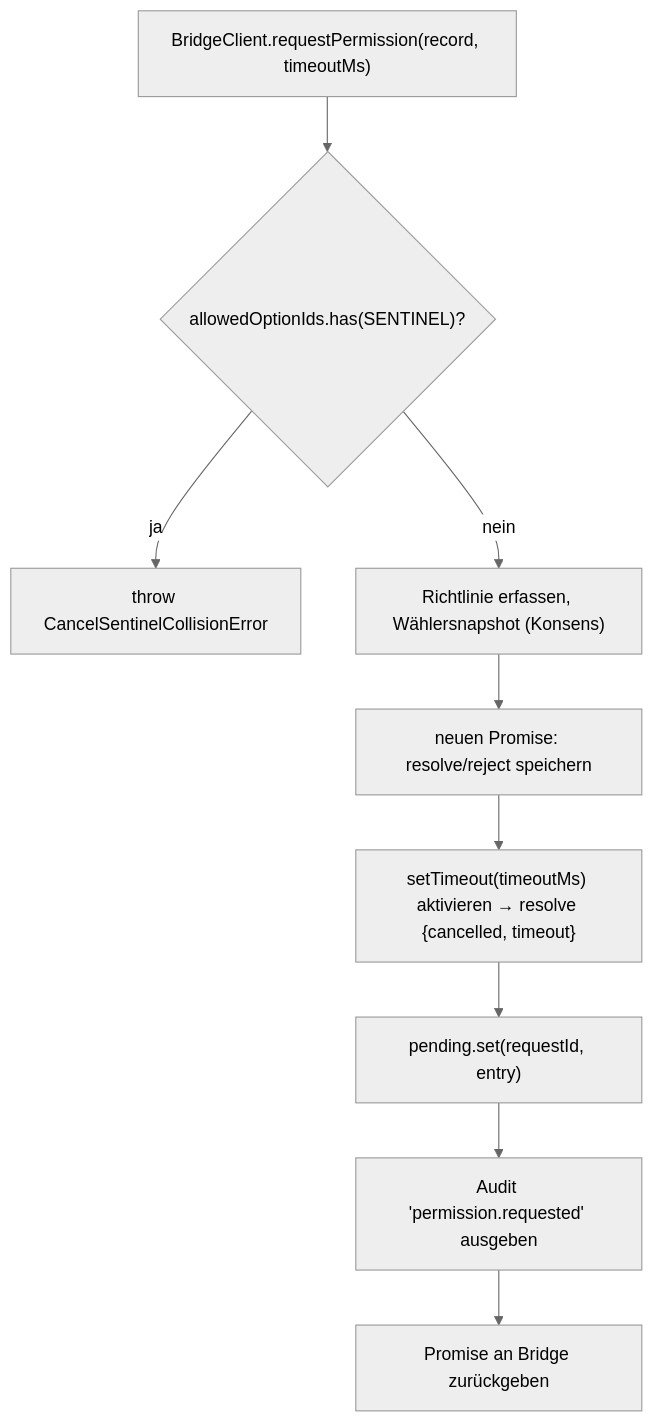
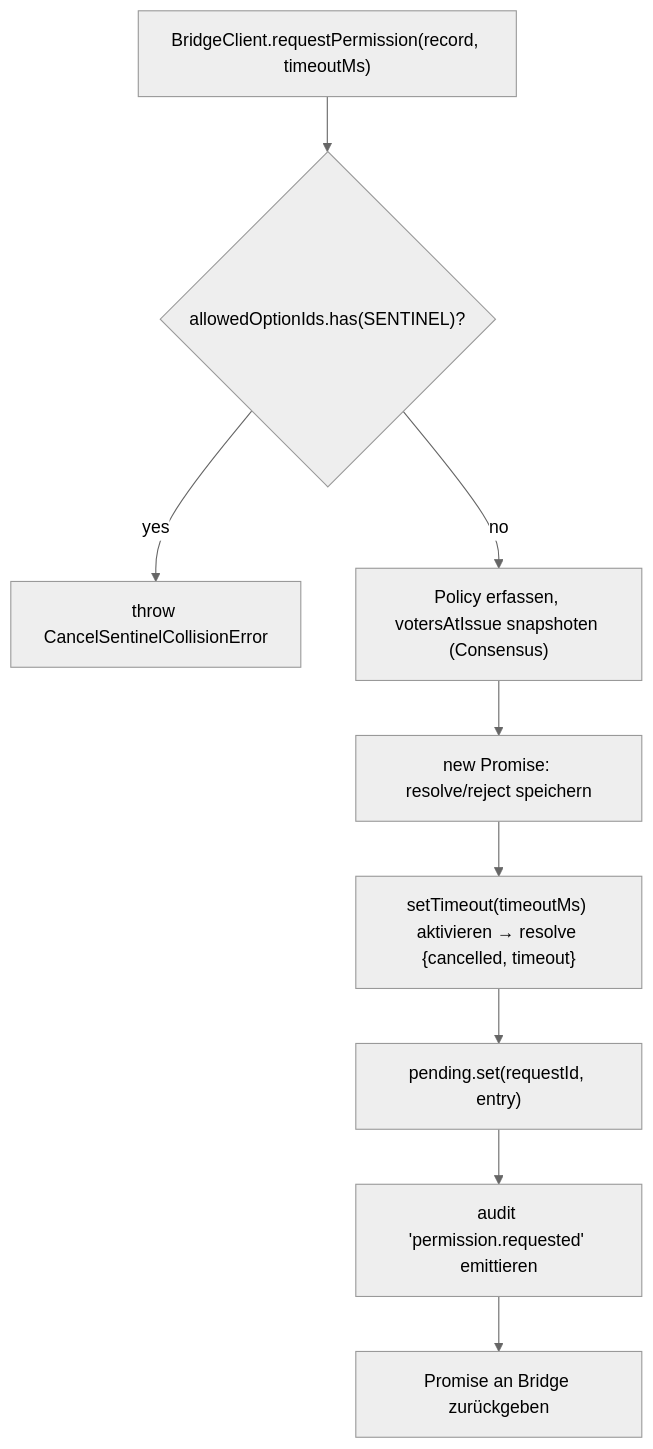
One commit to QwenLM/qwen-code-docs changed the first of 2 diagrams in website/content/de/developers/daemon/04-permission-mediation.md. Above: the diagram before and after it, drawn with Mermaid (neutral theme). The commit also changed other lines of this file and 162 other files, not shown here.

````diff
--- a/website/content/de/developers/daemon/04-permission-mediation.md
+++ b/website/content/de/developers/daemon/04-permission-mediation.md
@@ -105,11 +105,11 @@
 ```mermaid
 flowchart TD
     A["BridgeClient.requestPermission(record, timeoutMs)"] --> B{"allowedOptionIds.has(SENTINEL)?"}
-    B -->|ja| C["throw CancelSentinelCollisionError"]
-    B -->|nein| D["Richtlinie erfassen, Wählersnapshot (Konsens)"]
-    D --> E["neuen Promise: resolve/reject speichern"]
+    B -->|yes| C["throw CancelSentinelCollisionError"]
+    B -->|no| D["Policy erfassen, votersAtIssue snapshoten (Consensus)"]
+    D --> E["new Promise: resolve/reject speichern"]
     E --> F["setTimeout(timeoutMs) aktivieren → resolve {cancelled, timeout}"]
     F --> G["pending.set(requestId, entry)"]
-    G --> H["Audit 'permission.requested' ausgeben"]
+    G --> H["audit 'permission.requested' emittieren"]
     H --> I["Promise an Bridge zurückgeben"]
 ```
````
